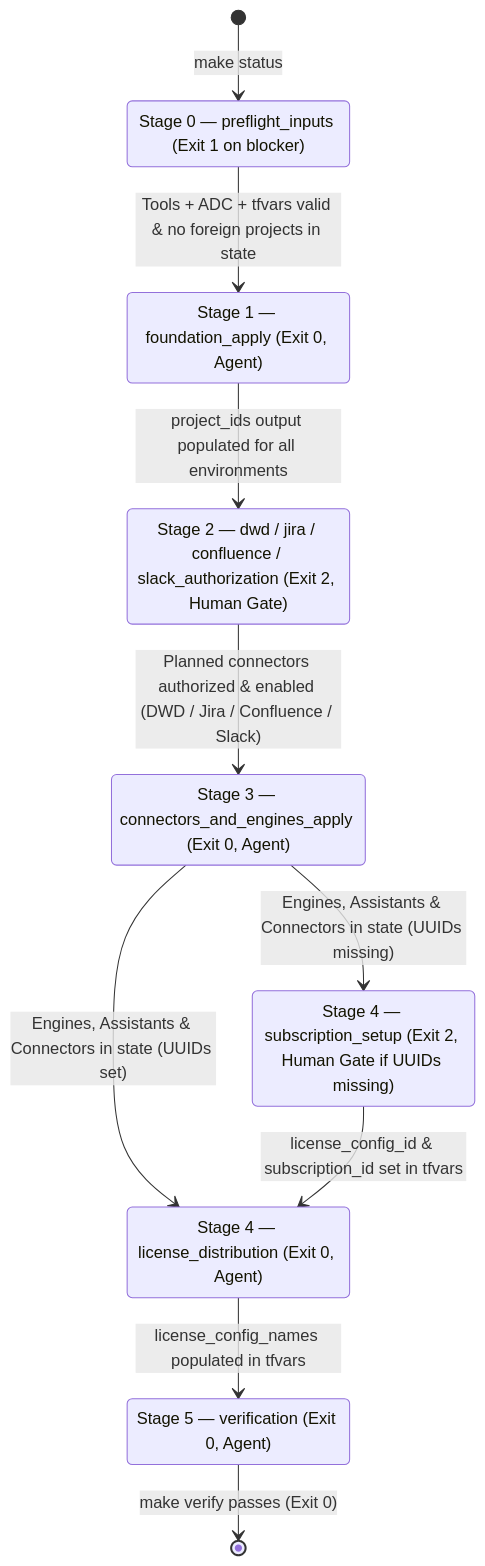
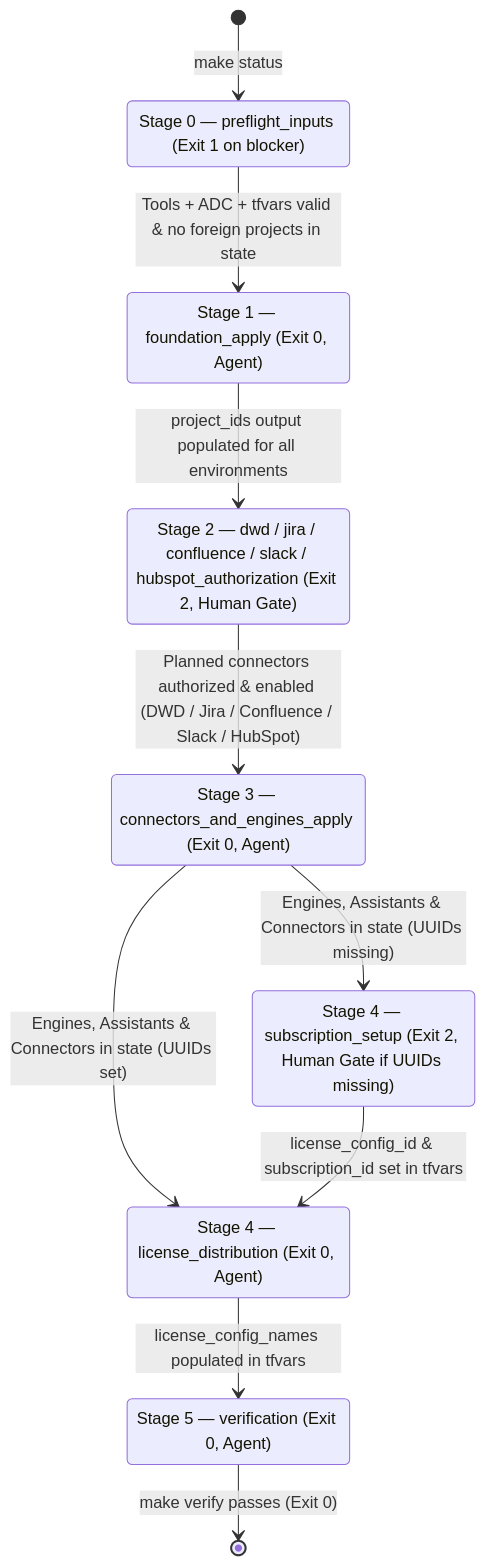
Before and after one commit to pedroccorreia/gemini-prism: the third of 3 diagrams in PRACTITIONERS_GUIDE.md, drawn with Mermaid. The commit also changed other lines of this file and 12 other files, not shown here.

````diff
--- a/PRACTITIONERS_GUIDE.md
+++ b/PRACTITIONERS_GUIDE.md
@@ -332,20 +357,20 @@
 ```mermaid
 stateDiagram-v2
   [*] --> Phase0: make status
   Phase0: Stage 0 — preflight_inputs (Exit 1 on blocker)
   Phase1: Stage 1 — foundation_apply (Exit 0, Agent)
-  Phase2: Stage 2 — dwd / jira / confluence / slack_authorization (Exit 2, Human Gate)
+  Phase2: Stage 2 — dwd / jira / confluence / slack / hubspot_authorization (Exit 2, Human Gate)
   Phase3: Stage 3 — connectors_and_engines_apply (Exit 0, Agent)
   Phase4Sub: Stage 4 — subscription_setup (Exit 2, Human Gate if UUIDs missing)
   Phase4Dist: Stage 4 — license_distribution (Exit 0, Agent)
   Phase5: Stage 5 — verification (Exit 0, Agent)
 
   Phase0 --> Phase1: Tools + ADC + tfvars valid & no foreign projects in state
   Phase1 --> Phase2: project_ids output populated for all environments
-  Phase2 --> Phase3: Planned connectors authorized & enabled (DWD / Jira / Confluence / Slack)
+  Phase2 --> Phase3: Planned connectors authorized & enabled (DWD / Jira / Confluence / Slack / HubSpot)
   Phase3 --> Phase4Sub: Engines, Assistants & Connectors in state (UUIDs missing)
   Phase3 --> Phase4Dist: Engines, Assistants & Connectors in state (UUIDs set)
   Phase4Sub --> Phase4Dist: license_config_id & subscription_id set in tfvars
   Phase4Dist --> Phase5: license_config_names populated in tfvars
   Phase5 --> [*]: make verify passes (Exit 0)
 ```
````
